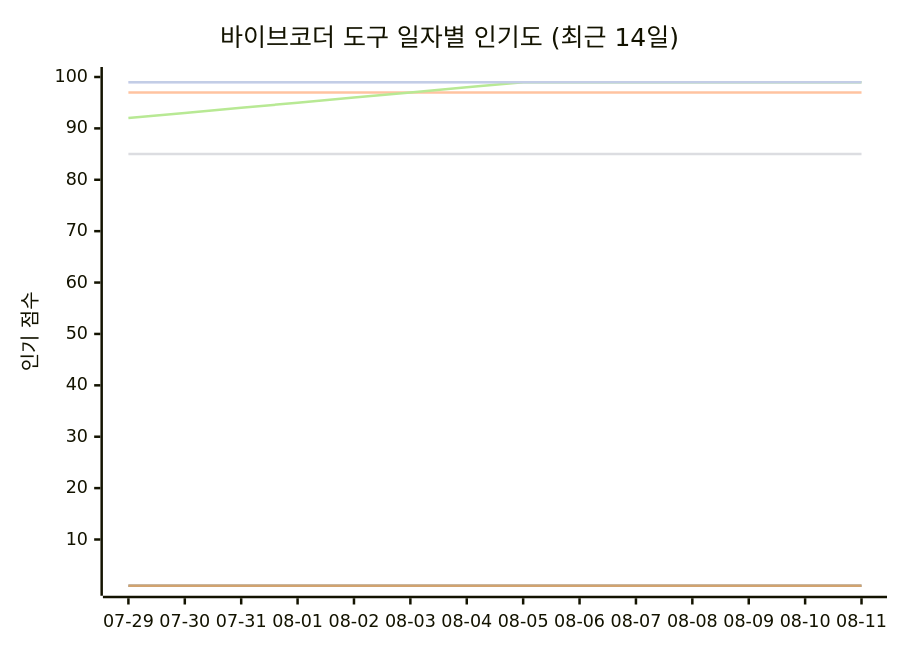
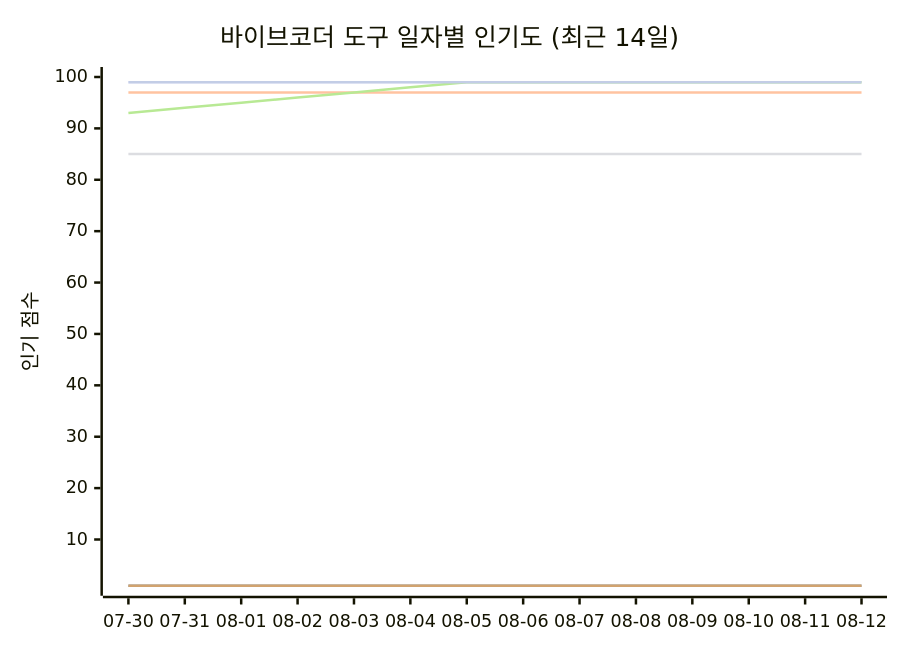
One commit to tykimos/ai-whatchelin changed the seventh of 11 diagrams in README_ko.md. Above: the diagram before and after it, drawn with Mermaid. The commit also changed other lines of this file and 4 other files, not shown here.

````diff
--- a/README_ko.md
+++ b/README_ko.md
@@ -2200,13 +2200,13 @@
 ```mermaid
 xychart-beta
     title "바이브코더 도구 일자별 인기도 (최근 14일)"
-    x-axis ["07-29", "07-30", "07-31", "08-01", "08-02", "08-03", "08-04", "08-05", "08-06", "08-07", "08-08", "08-09", "08-10", "08-11"]
+    x-axis ["07-30", "07-31", "08-01", "08-02", "08-03", "08-04", "08-05", "08-06", "08-07", "08-08", "08-09", "08-10", "08-11", "08-12"]
     y-axis "인기 점수" 1 --> 100
     line "Claude Code" [99, 99, 99, 99, 99, 99, 99, 99, 99, 99, 99, 99, 99, 99]
     line "GH Copilot" [1, 1, 1, 1, 1, 1, 1, 1, 1, 1, 1, 1, 1, 1]
     line "Cursor" [97, 97, 97, 97, 97, 97, 97, 97, 97, 97, 97, 97, 97, 97]
     line "Windsurf" [85, 85, 85, 85, 85, 85, 85, 85, 85, 85, 85, 85, 85, 85]
-    line "Codex CLI" [92, 93, 94, 95, 96, 97, 98, 99, 99, 99, 99, 99, 99, 99]
+    line "Codex CLI" [93, 94, 95, 96, 97, 98, 99, 99, 99, 99, 99, 99, 99, 99]
     line "Gemini CLI" [1, 1, 1, 1, 1, 1, 1, 1, 1, 1, 1, 1, 1, 1]
     line "Antigravity" [99, 99, 99, 99, 99, 99, 99, 99, 99, 99, 99, 99, 99, 99]
 ```
````
